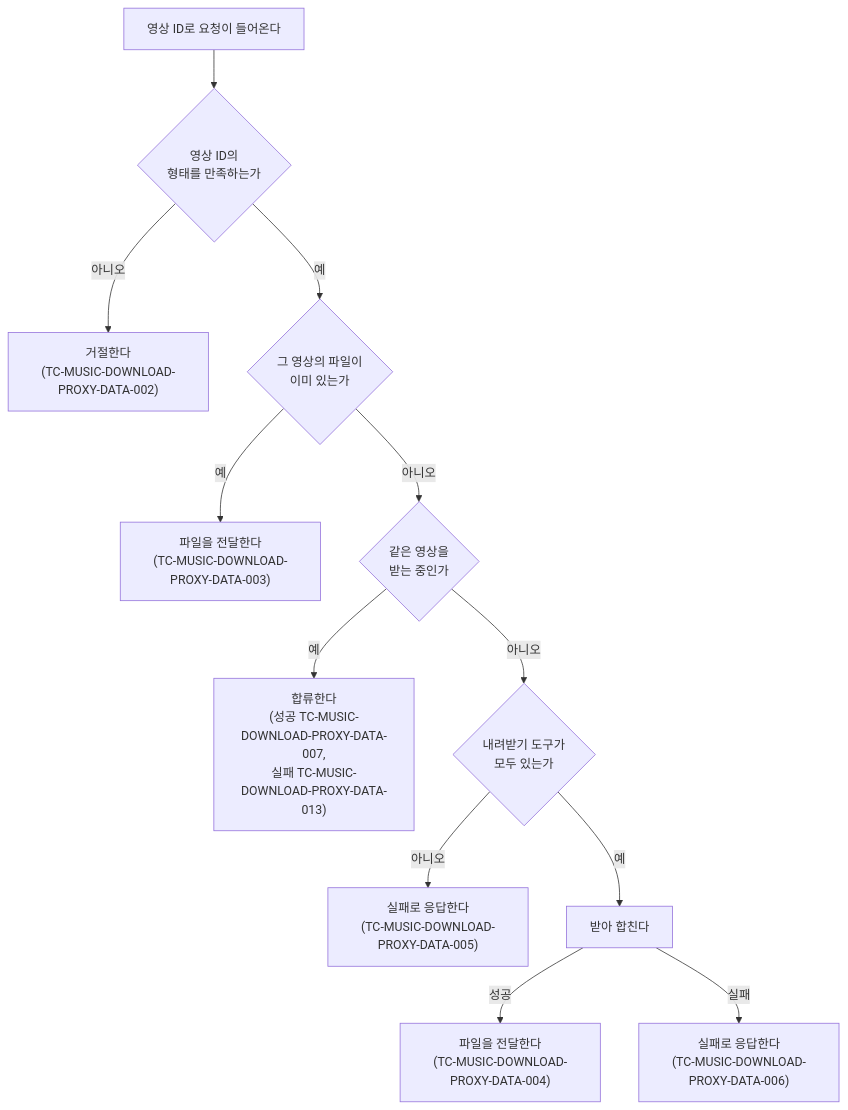
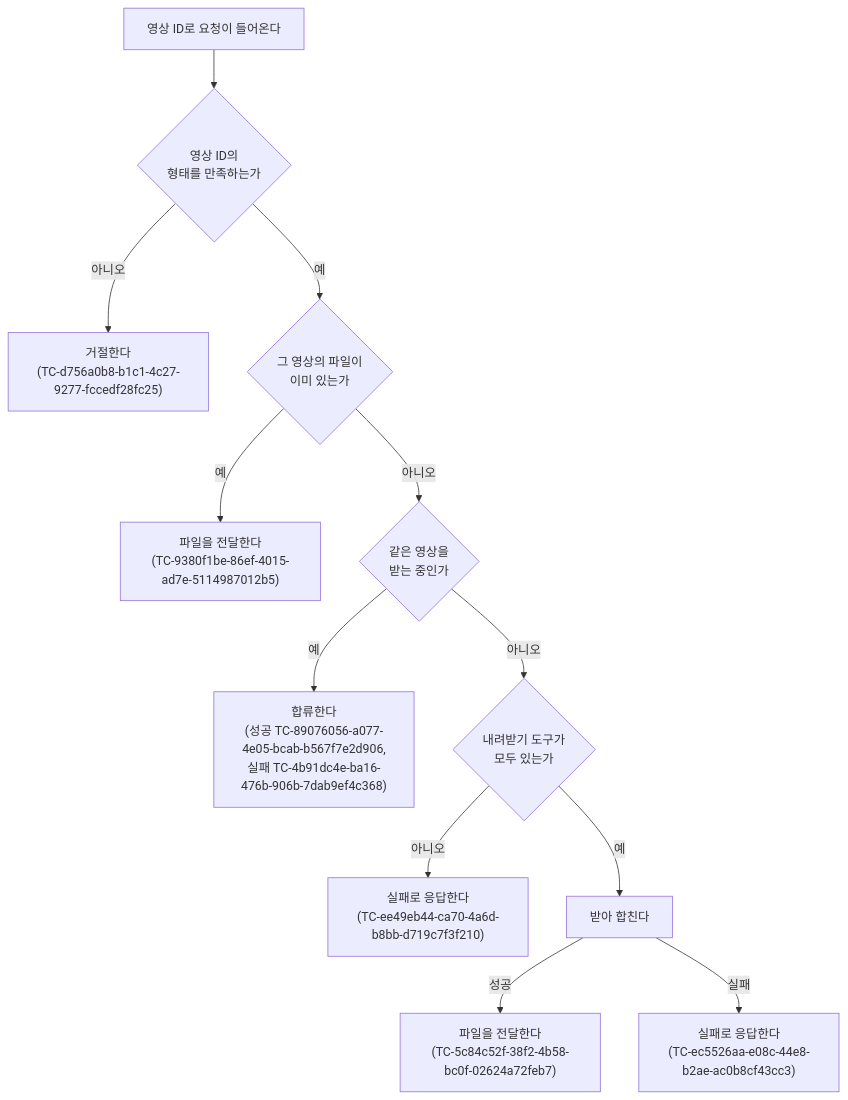
The diagram in docs/testcase/music-download-proxy.md (taetae98coding/DiaryKMP), drawn with Mermaid before and after one commit. The commit also changed other lines of this file and 1177 other files, not shown here.

````diff
--- a/docs/testcase/music-download-proxy.md
+++ b/docs/testcase/music-download-proxy.md
@@ -62,14 +62,14 @@
 ```mermaid
 flowchart TD
     Request["영상 ID로 요청이 들어온다"] --> Valid{"영상 ID의<br/>형태를 만족하는가"}
-    Valid -- "아니오" --> Reject["거절한다<br/>(TC-MUSIC-DOWNLOAD-PROXY-DATA-002)"]
+    Valid -- "아니오" --> Reject["거절한다<br/>(TC-d756a0b8-b1c1-4c27-9277-fccedf28fc25)"]
     Valid -- "예" --> Exists{"그 영상의 파일이<br/>이미 있는가"}
-    Exists -- "예" --> Send["파일을 전달한다<br/>(TC-MUSIC-DOWNLOAD-PROXY-DATA-003)"]
+    Exists -- "예" --> Send["파일을 전달한다<br/>(TC-9380f1be-86ef-4015-ad7e-5114987012b5)"]
     Exists -- "아니오" --> Running{"같은 영상을<br/>받는 중인가"}
-    Running -- "예" --> Join["합류한다<br/>(성공 TC-MUSIC-DOWNLOAD-PROXY-DATA-007,<br/>실패 TC-MUSIC-DOWNLOAD-PROXY-DATA-013)"]
+    Running -- "예" --> Join["합류한다<br/>(성공 TC-89076056-a077-4e05-bcab-b567f7e2d906,<br/>실패 TC-4b91dc4e-ba16-476b-906b-7dab9ef4c368)"]
     Running -- "아니오" --> Tool{"내려받기 도구가<br/>모두 있는가"}
-    Tool -- "아니오" --> ToolFail["실패로 응답한다<br/>(TC-MUSIC-DOWNLOAD-PROXY-DATA-005)"]
+    Tool -- "아니오" --> ToolFail["실패로 응답한다<br/>(TC-ee49eb44-ca70-4a6d-b8bb-d719c7f3f210)"]
     Tool -- "예" --> Download["받아 합친다"]
-    Download -- "성공" --> Sent["파일을 전달한다<br/>(TC-MUSIC-DOWNLOAD-PROXY-DATA-004)"]
-    Download -- "실패" --> Fail["실패로 응답한다<br/>(TC-MUSIC-DOWNLOAD-PROXY-DATA-006)"]
+    Download -- "성공" --> Sent["파일을 전달한다<br/>(TC-5c84c52f-38f2-4b58-bc0f-02624a72feb7)"]
+    Download -- "실패" --> Fail["실패로 응답한다<br/>(TC-ec5526aa-e08c-44e8-b2ae-ac0b8cf43cc3)"]
 ```
````
